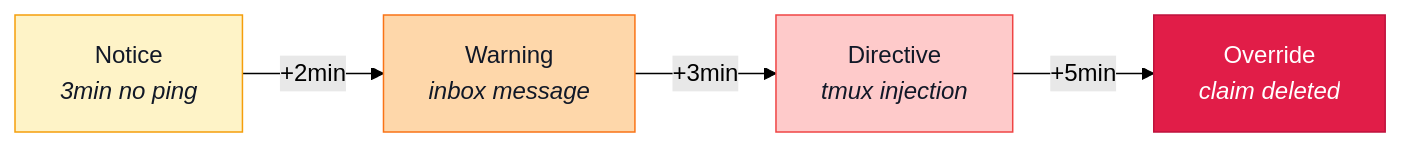
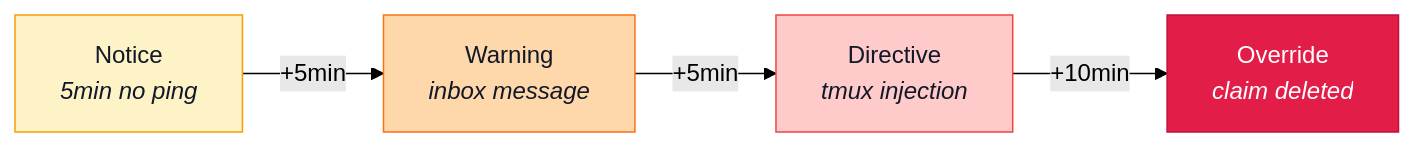
Before and after one commit to Osama-Yusuf/fleet: the fourth of 4 diagrams in README.md, drawn with Mermaid (forest theme). The commit also changed other lines of this file and 3 other files, not shown here.

First line of the commit message:
Relax escalation timers further: directive at 15min, override at 25min

````diff
--- a/README.md
+++ b/README.md
@@ -235,15 +235,15 @@
 ```mermaid
 flowchart LR
-    N["Notice<br/><i>3min no ping</i>"] -->|+2min| W["Warning<br/><i>inbox message</i>"]
-    W -->|+3min| D["Directive<br/><i>tmux injection</i>"]
-    D -->|+5min| O["Override<br/><i>claim deleted</i>"]
+    N["Notice<br/><i>5min no ping</i>"] -->|+5min| W["Warning<br/><i>inbox message</i>"]
+    W -->|+5min| D["Directive<br/><i>tmux injection</i>"]
+    D -->|+10min| O["Override<br/><i>claim deleted</i>"]
 
     classDef notice fill:#fef3c7,stroke:#f59e0b,color:#111827
     classDef warn fill:#fed7aa,stroke:#f97316,color:#111827
     classDef directive fill:#fecaca,stroke:#ef4444,color:#111827
     classDef override fill:#e11d48,stroke:#be123c,color:#fff
     class N notice
     class W warn
     class D directive
     class O override
 ```
````
